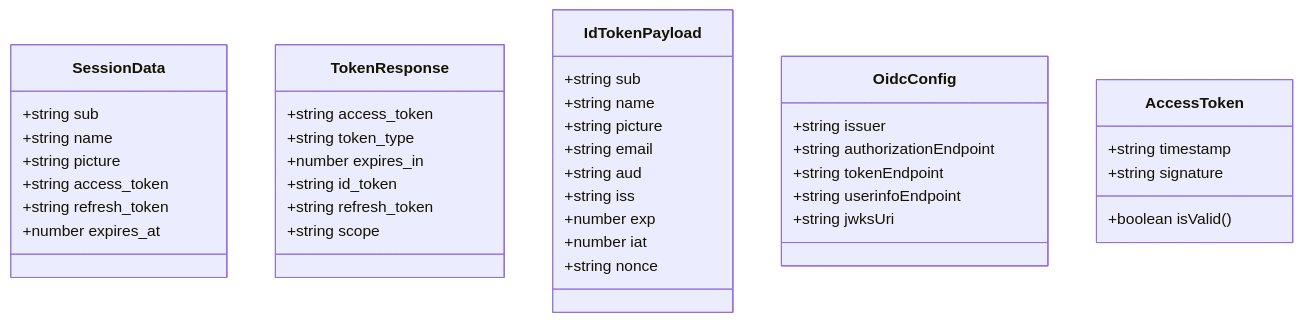
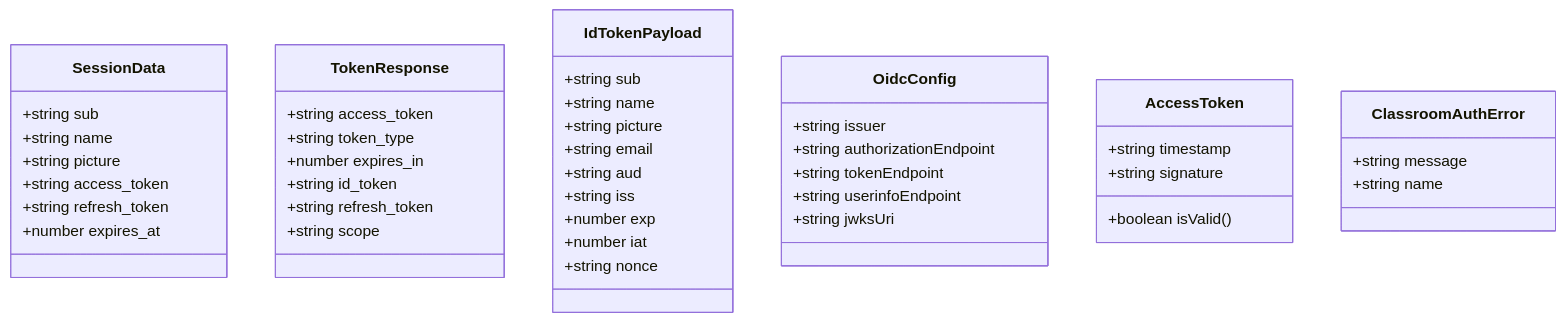
One commit to huangboheng/OpenMAIC changed the third of 6 diagrams in .qoder/repowiki/zh/content/架构设计/后端架构设计/OAuth 2.0 认证系统.md. Above: the diagram before and after it, drawn with Mermaid. The commit also changed other lines of this file and 10 other files, not shown here.

````diff
--- a/.qoder/repowiki/zh/content/架构设计/后端架构设计/OAuth 2.0 认证系统.md
+++ b/.qoder/repowiki/zh/content/架构设计/后端架构设计/OAuth 2.0 认证系统.md
@@ -161,42 +168,46 @@
 ```mermaid
 classDiagram
 class SessionData {
 +string sub
 +string name
 +string picture
 +string access_token
 +string refresh_token
 +number expires_at
 }
 class TokenResponse {
 +string access_token
 +string token_type
 +number expires_in
 +string id_token
 +string refresh_token
 +string scope
 }
 class IdTokenPayload {
 +string sub
 +string name
 +string picture
 +string email
 +string aud
 +string iss
 +number exp
 +number iat
 +string nonce
 }
 class OidcConfig {
 +string issuer
 +string authorizationEndpoint
 +string tokenEndpoint
 +string userinfoEndpoint
 +string jwksUri
 }
 class AccessToken {
 +string timestamp
 +string signature
 +boolean isValid()
 }
+class ClassroomAuthError {
++string message
++string name
+}
 ```
````
